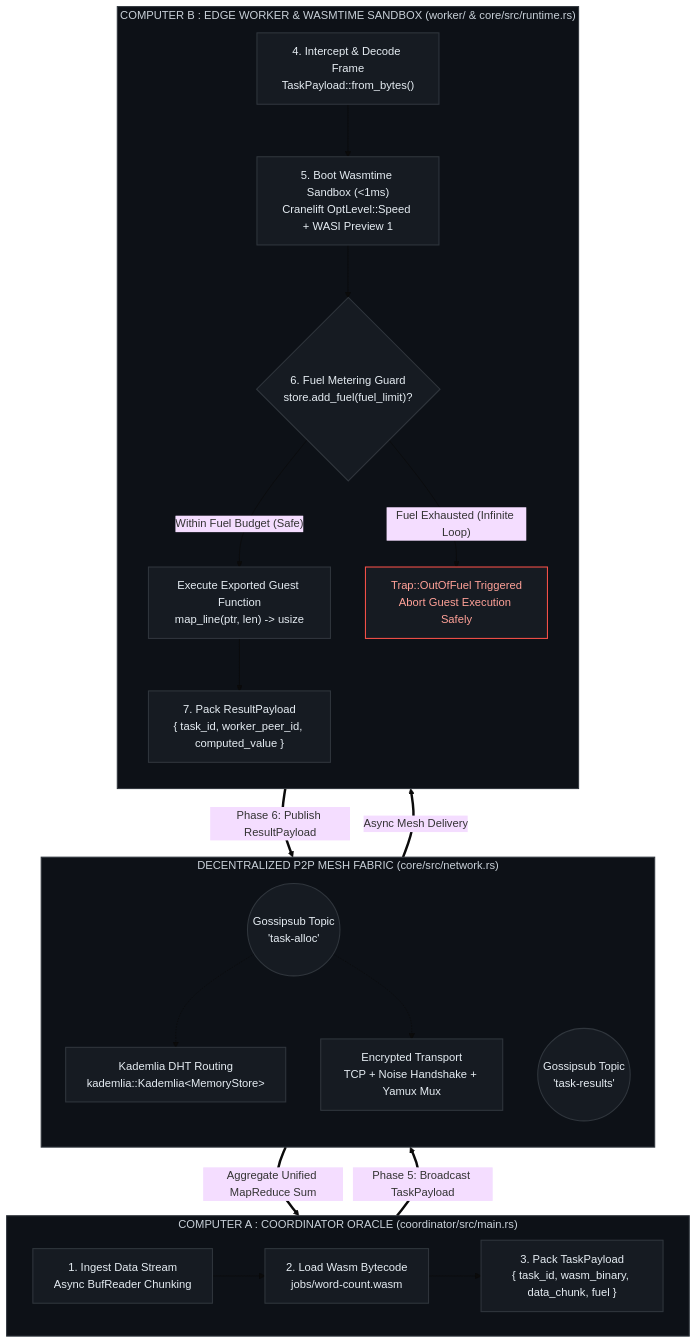
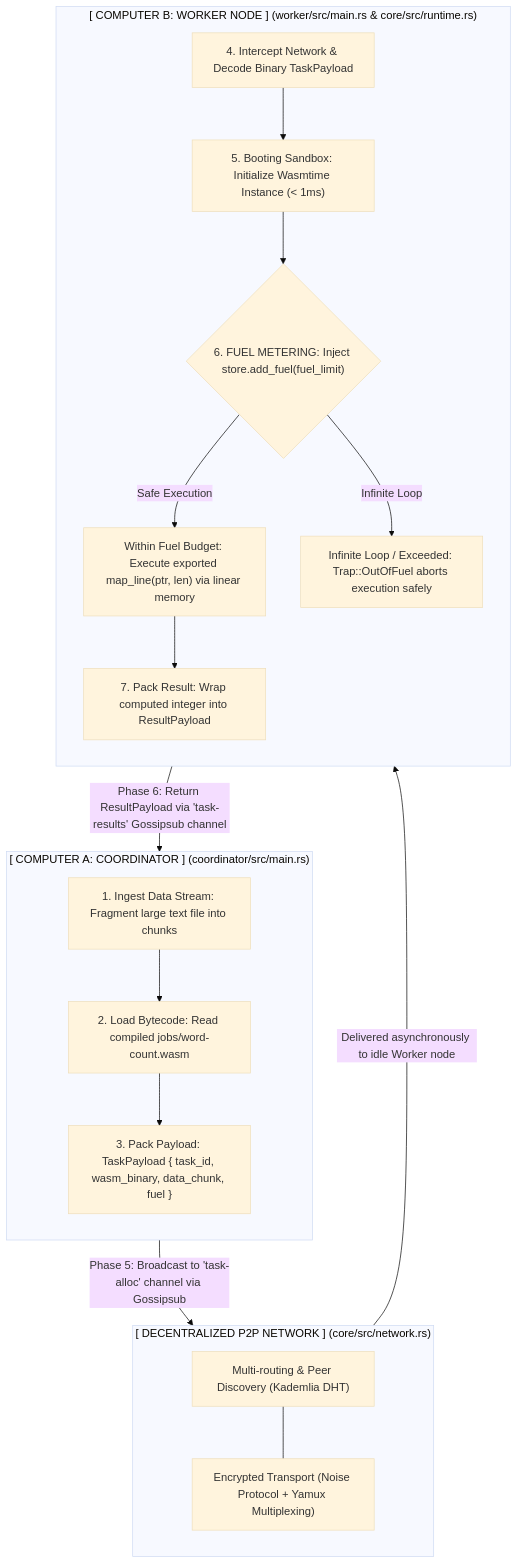
Before and after one commit to AM4517UMOR4NG/Nitro-Compute: the first of 2 diagrams in README.md, drawn with Mermaid (base theme). The commit also changed other lines of this file and 1 other file, not shown here.

Commit message:
docs(readme): replace static SVG with native interactive Mermaid dataflow diagram

````diff
--- a/README.md
+++ b/README.md
@@ -58,39 +52,35 @@
 ```mermaid
 flowchart TD
-    subgraph COORD["COMPUTER A : COORDINATOR ORACLE (coordinator/src/main.rs)"]
-        direction LR
-        S1["1. Ingest Data Stream<br/>Async BufReader Chunking"] --> S2["2. Load Wasm Bytecode<br/>jobs/word-count.wasm"]
-        S2 --> S3["3. Pack TaskPayload<br/>{ task_id, wasm_binary, data_chunk, fuel }"]
+    subgraph ComputerA["[ COMPUTER A: COORDINATOR ] (coordinator/src/main.rs)"]
+        direction TB
+        Step1["1. Ingest Data Stream: Fragment large text file into chunks"]
+        Step2["2. Load Bytecode: Read compiled jobs/word-count.wasm"]
+        Step3["3. Pack Payload: TaskPayload { task_id, wasm_binary, data_chunk, fuel }"]
+        Step1 --> Step2 --> Step3
     end
 
-    subgraph MESH["DECENTRALIZED P2P MESH FABRIC (core/src/network.rs)"]
+    subgraph P2PMesh["[ DECENTRALIZED P2P NETWORK ] (core/src/network.rs)"]
         direction TB
-        DHT["Kademlia DHT Routing<br/>kademlia::Kademlia&lt;MemoryStore&gt;"]
-        SEC["Encrypted Transport<br/>TCP + Noise Handshake + Yamux Mux"]
-        TOPIC_ALLOC(("Gossipsub Topic<br/>'task-alloc'"))
-        TOPIC_RES(("Gossipsub Topic<br/>'task-results'"))
+        MeshRouting["Multi-routing & Peer Discovery (Kademlia DHT)"]
+        MeshCrypto["Encrypted Transport (Noise Protocol + Yamux Multiplexing)"]
+        MeshRouting --- MeshCrypto
     end
 
-    subgraph WORKER["COMPUTER B : EDGE WORKER & WASMTIME SANDBOX (worker/ & core/src/runtime.rs)"]
+    subgraph ComputerB["[ COMPUTER B: WORKER NODE ] (worker/src/main.rs & core/src/runtime.rs)"]
         direction TB
-        S4["4. Intercept & Decode Frame<br/>TaskPayload::from_bytes()"] --> S5["5. Boot Wasmtime Sandbox (&lt;1ms)<br/>Cranelift OptLevel::Speed + WASI Preview 1"]
-        S5 --> S6{"6. Fuel Metering Guard<br/>store.add_fuel(fuel_limit)?"}
-        S6 -- "Within Fuel Budget (Safe)" --> EXEC["Execute Exported Guest Function<br/>map_line(ptr, len) -> usize"]
-        S6 -- "Fuel Exhausted (Infinite Loop)" --> TRAP["Trap::OutOfFuel Triggered<br/>Abort Guest Execution Safely"]
-        EXEC --> S7["7. Pack ResultPayload<br/>{ task_id, worker_peer_id, computed_value }"]
+        Step4["4. Intercept Network & Decode Binary TaskPayload"]
+        Step5["5. Booting Sandbox: Initialize Wasmtime Instance (< 1ms)"]
+        Step6{"6. FUEL METERING: Inject store.add_fuel(fuel_limit)"}
+        SafeBranch["Within Fuel Budget: Execute exported map_line(ptr, len) via linear memory"]
+        TrapBranch["Infinite Loop / Exceeded: Trap::OutOfFuel aborts execution safely"]
+        Step7["7. Pack Result: Wrap computed integer into ResultPayload"]
+
+        Step4 --> Step5 --> Step6
+        Step6 -- "Safe Execution" --> SafeBranch --> Step7
+        Step6 -- "Infinite Loop" --> TrapBranch
     end
 
-    S3 ==>|"Phase 5: Broadcast TaskPayload"| TOPIC_ALLOC
-    TOPIC_ALLOC -.-> DHT & SEC
-    TOPIC_ALLOC ==>|"Async Mesh Delivery"| S4
-    S7 ==>|"Phase 6: Publish ResultPayload"| TOPIC_RES
-    TOPIC_RES ==>|"Aggregate Unified MapReduce Sum"| COORD
-
-    classDef defaultNode fill:#161B22,stroke:#30363D,stroke-width:1.5px,color:#E6EDF3
-    classDef frameGroup fill:#0D1117,stroke:#30363D,stroke-width:1.5px,color:#C9D1D9
-    classDef trapNode fill:#161B22,stroke:#F85149,stroke-width:1.5px,color:#FFA198
-
-    class S1,S2,S3,DHT,SEC,TOPIC_ALLOC,TOPIC_RES,S4,S5,S6,EXEC,S7 defaultNode
-    class COORD,MESH,WORKER frameGroup
-    class TRAP trapNode
+    Step3 -- "Phase 5: Broadcast to 'task-alloc' channel via Gossipsub" --> P2PMesh
+    P2PMesh -- "Delivered asynchronously to idle Worker node" --> Step4
+    Step7 -- "Phase 6: Return ResultPayload via 'task-results' Gossipsub channel" --> ComputerA
 ```
````
